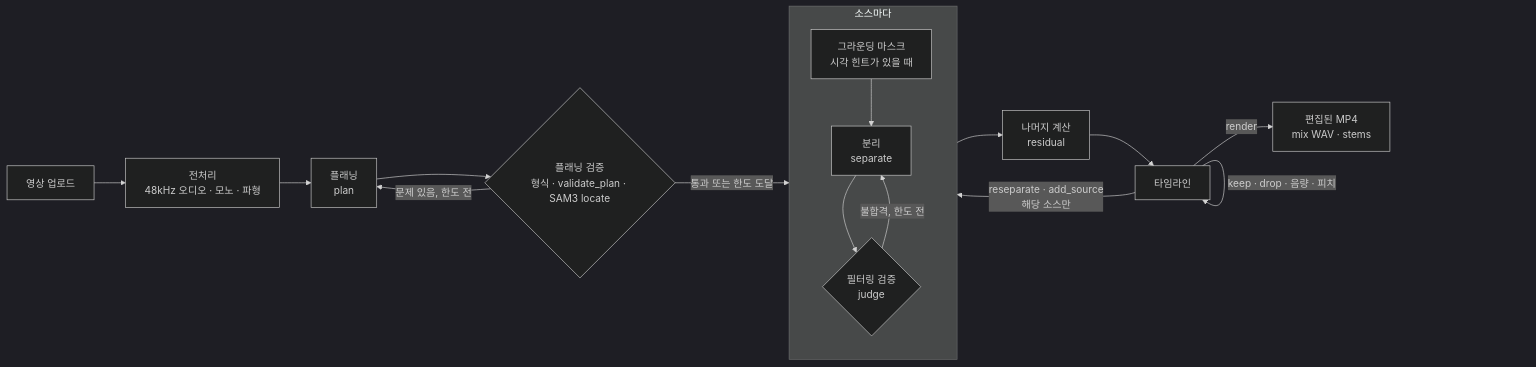
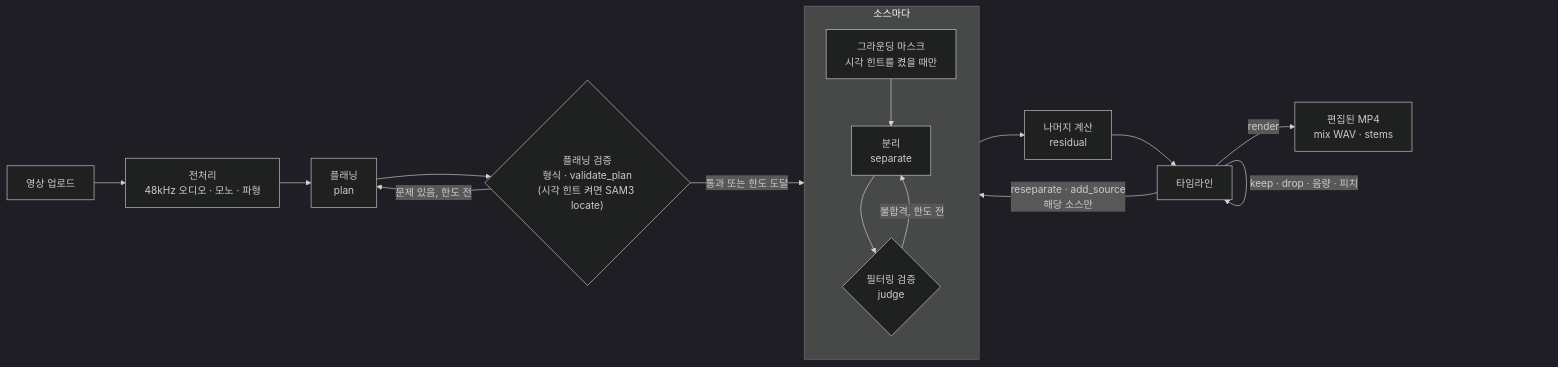
The first of 3 diagrams in README.md (capstone-audissey-fall-2026/audissey), drawn with Mermaid (dark theme) before and after one commit. The commit also changed other lines of this file and 12 other files, not shown here.

````diff
--- a/README.md
+++ b/README.md
@@ -24,18 +24,18 @@
 ```mermaid
 flowchart LR
   UP["영상 업로드"] --> PRE["전처리<br/>48kHz 오디오 · 모노 · 파형"]
   PRE --> PLAN["플래닝<br/>plan"]
-  PLAN --> CHECK{"플래닝 검증<br/>형식 · validate_plan · SAM3 locate"}
+  PLAN --> CHECK{"플래닝 검증<br/>형식 · validate_plan<br/>(시각 힌트 켜면 SAM3 locate)"}
   CHECK -- "문제 있음, 한도 전" --> PLAN
   CHECK -- "통과 또는 한도 도달" --> SRC
   subgraph SRC["소스마다"]
-    MASK["그라운딩 마스크<br/>시각 힌트가 있을 때"] --> SEP["분리<br/>separate"]
+    MASK["그라운딩 마스크<br/>시각 힌트를 켰을 때만"] --> SEP["분리<br/>separate"]
     SEP --> JUDGE{"필터링 검증<br/>judge"}
     JUDGE -- "불합격, 한도 전" --> SEP
   end
   SRC --> RES["나머지 계산<br/>residual"]
   RES --> TL["타임라인"]
   TL -- "keep · drop · 음량 · 피치" --> TL
   TL -- "reseparate · add_source<br/>해당 소스만" --> SRC
   TL -- "render" --> OUT["편집된 MP4<br/>mix WAV · stems"]
 ```
````
